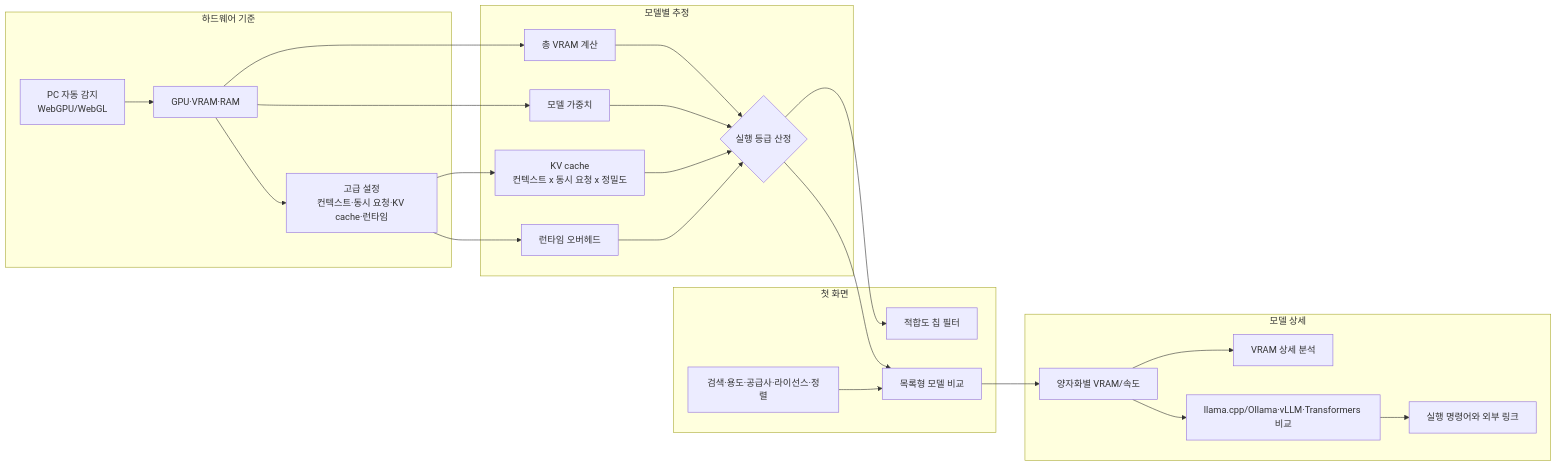
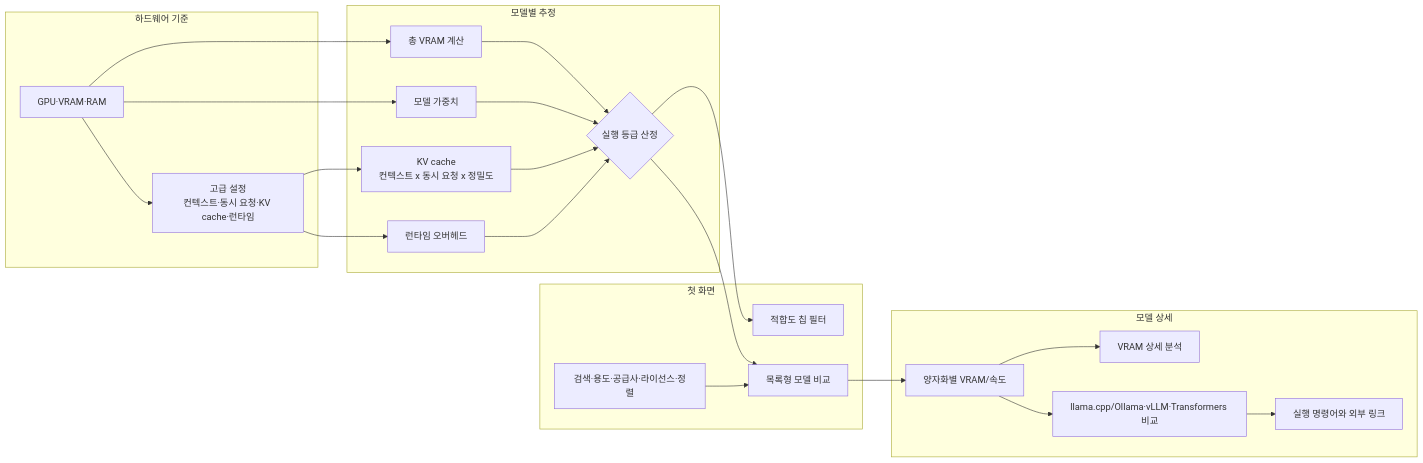
The second of 3 diagrams in README.md (jaeseok614/llm-gpu-checker-ko), drawn with Mermaid before and after one commit. The commit also changed other lines of this file and 5 other files, not shown here.

````diff
--- a/README.md
+++ b/README.md
@@ -80,47 +79,45 @@
 ```mermaid
 flowchart LR
   subgraph Hardware[하드웨어 기준]
-    Q[PC 자동 감지<br/>WebGPU/WebGL]
     A[GPU·VRAM·RAM]
     B[고급 설정<br/>컨텍스트·동시 요청·KV cache·런타임]
   end
 
   subgraph Estimate[모델별 추정]
     H[총 VRAM 계산]
     I[모델 가중치]
     J[KV cache<br/>컨텍스트 x 동시 요청 x 정밀도]
     K[런타임 오버헤드]
     L{실행 등급 산정}
   end
 
   subgraph List[첫 화면]
     M[적합도 칩 필터]
     N[목록형 모델 비교]
     O[검색·용도·공급사·라이선스·정렬]
   end
 
   subgraph Detail[모델 상세]
     P[양자화별 VRAM/속도]
     R[VRAM 상세 분석]
     S[llama.cpp/Ollama·vLLM·Transformers 비교]
     T[실행 명령어와 외부 링크]
   end
 
-  Q --> A
   A --> B
   A --> H
   A --> I
   B --> J
   B --> K
   H --> L
   I --> L
   J --> L
   K --> L
   L --> M
   L --> N
   O --> N
   N --> P
   P --> R
   P --> S
   S --> T
 ```
````
